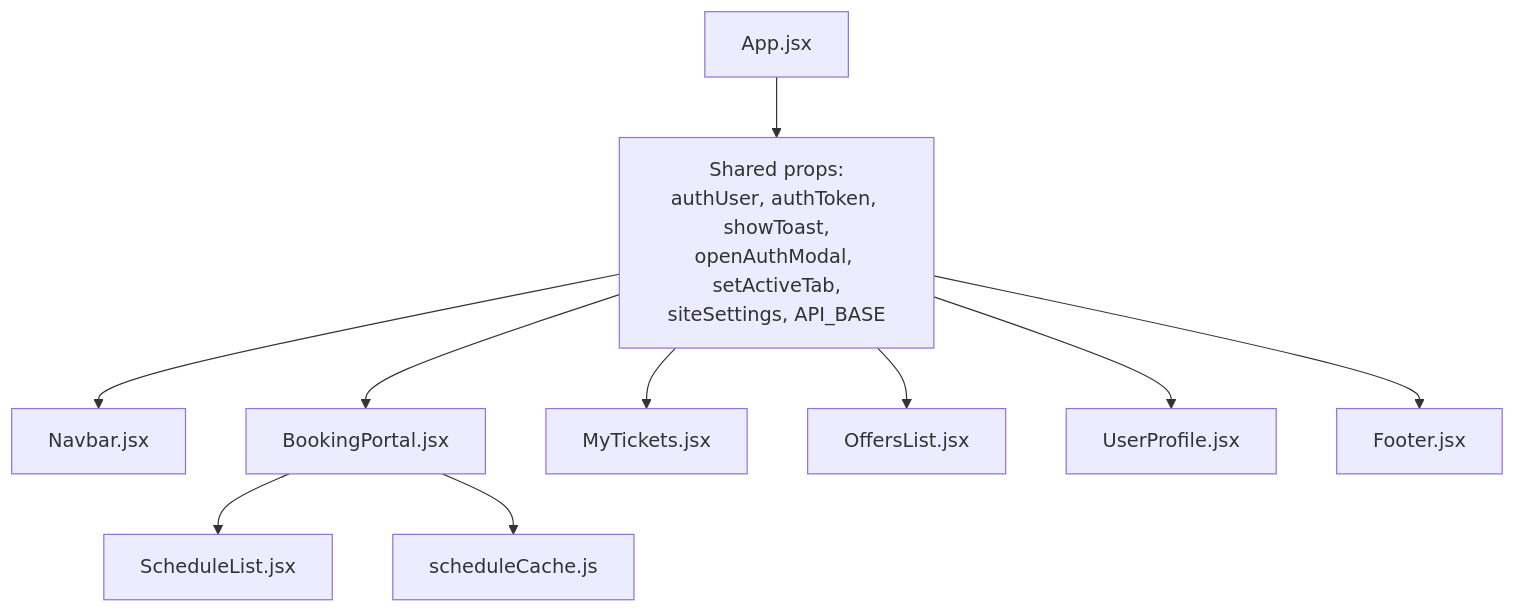
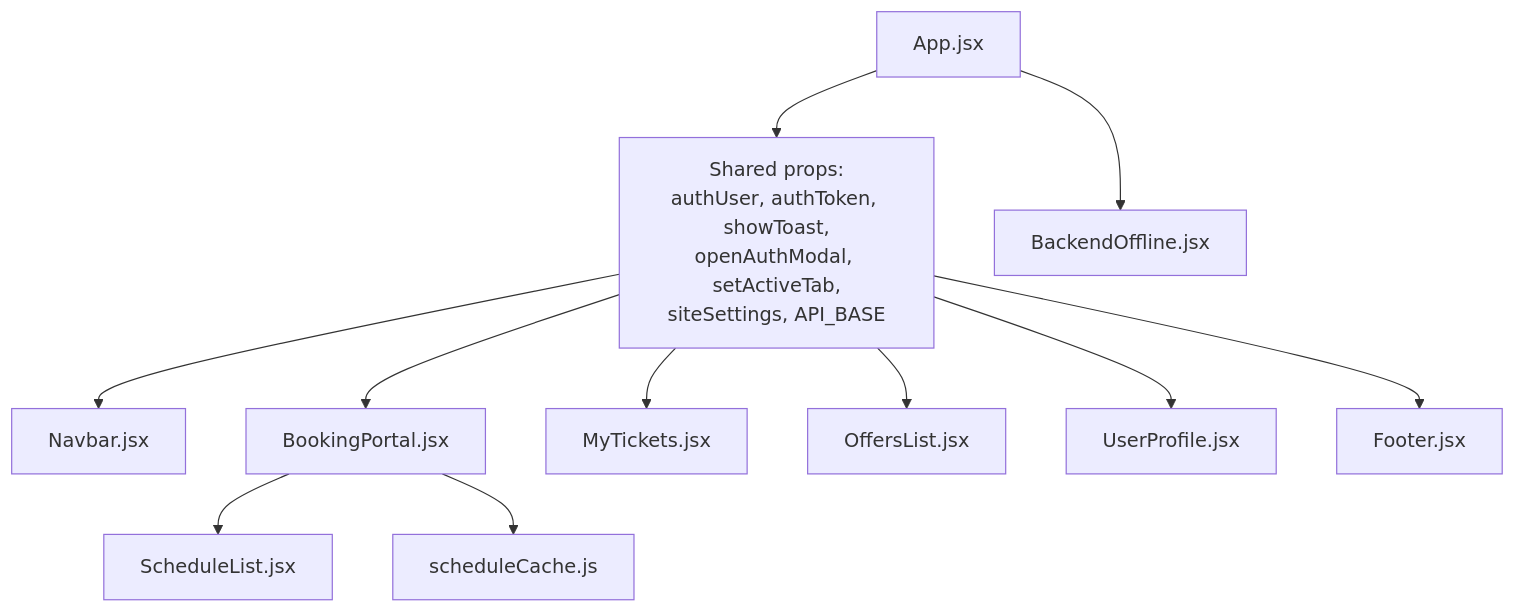
One commit to mahbub095/bus-app changed diagram 13 of 13 in .qoder/repowiki/en/content/Customer Application/State Management.md. Above: the diagram before and after it, drawn with Mermaid. The commit also changed other lines of this file and 115 other files, not shown here.

````diff
--- a/.qoder/repowiki/en/content/Customer Application/State Management.md
+++ b/.qoder/repowiki/en/content/Customer Application/State Management.md
@@ -431,12 +522,13 @@
 ```mermaid
 graph TB
 App["App.jsx"] --> SharedProps["Shared props:<br/>authUser, authToken, showToast,<br/>openAuthModal, setActiveTab,<br/>siteSettings, API_BASE"]
 SharedProps --> Navbar["Navbar.jsx"]
 SharedProps --> BookingPortal["BookingPortal.jsx"]
 SharedProps --> MyTickets["MyTickets.jsx"]
 SharedProps --> OffersList["OffersList.jsx"]
 SharedProps --> UserProfile["UserProfile.jsx"]
 SharedProps --> Footer["Footer.jsx"]
 BookingPortal --> ScheduleList["ScheduleList.jsx"]
 BookingPortal --> Cache["scheduleCache.js"]
+App --> BackendOffline["BackendOffline.jsx"]
 ```
````
